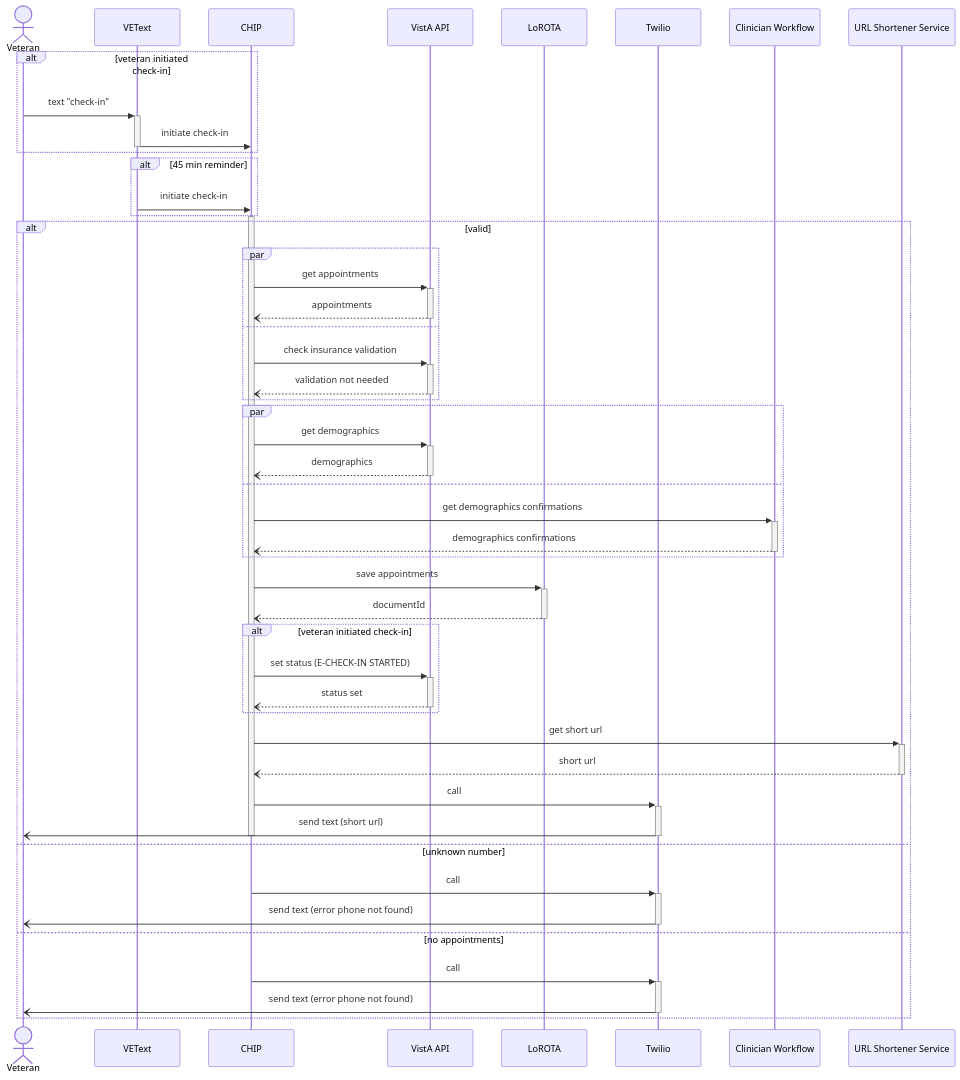
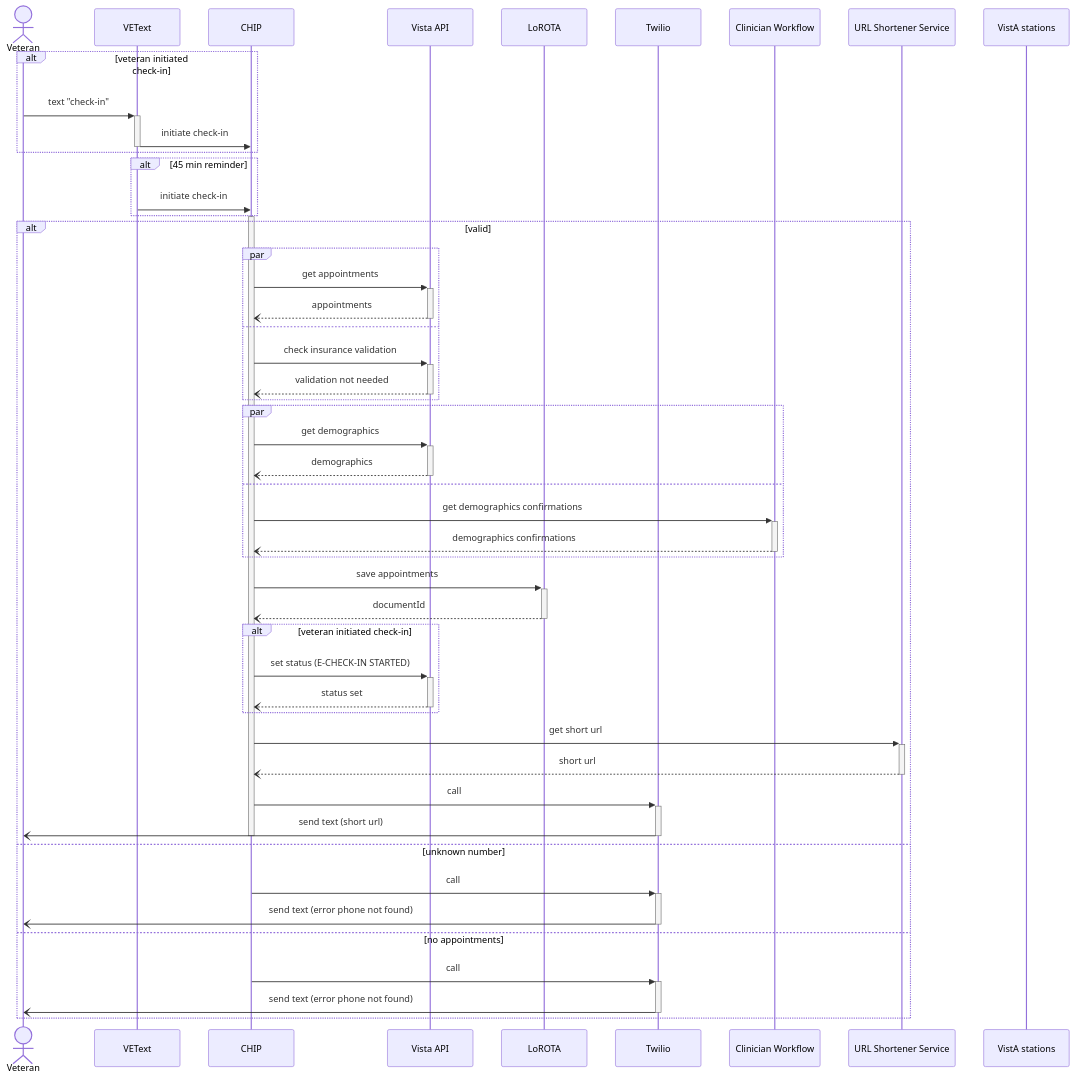
One commit to department-of-veterans-affairs/va.gov-team changed the first of 4 diagrams in products/health-care/checkin/engineering/architecture-diagrams/sequenceDiagram_checkInExp.md. Above: the diagram before and after it, drawn with Mermaid. The commit also changed other lines of this file, not shown here.

````diff
--- a/products/health-care/checkin/engineering/architecture-diagrams/sequenceDiagram_checkInExp.md
+++ b/products/health-care/checkin/engineering/architecture-diagrams/sequenceDiagram_checkInExp.md
@@ -10,53 +10,54 @@
 ```mermaid
 sequenceDiagram
     actor vet as Veteran
     participant vt as VEText
     participant c as CHIP
-    participant va as VistA API
+    participant va as Vista API
     participant l as LoROTA
     participant t as Twilio
     participant cw as Clinician Workflow
     participant url as URL Shortener Service
+    participant vas as VistA stations
 
     alt veteran initiated check-in
     vet->>+vt: text "check-in"
     vt->>-c: initiate check-in
     end
     alt 45 min reminder
     vt->>c: initiate check-in
     end
     activate c
     alt valid
       par
         c->>+va: get appointments
         va--)-c: appointments
       and
         c->>+va: check insurance validation
         va--)-c: validation not needed
       end
       par
         c->>+va: get demographics
         va--)-c: demographics
       and
         c->>+cw: get demographics confirmations
         cw--)-c: demographics confirmations
       end
         c->>+l: save appointments
         l--)-c: documentId
         alt veteran initiated check-in
             c->>+va: set status (E-CHECK-IN STARTED)
             va--)-c: status set
         end
         c->>+url: get short url
         url--)-c: short url
         c->>+t: call
         t-)-vet: send text (short url)
         deactivate c
     else unknown number
         c->>+t: call
         t-)-vet: send text (error phone not found)
     else no appointments
         c->>+t: call
         t-)-vet: send text (error phone not found)
     end
 ```
````
